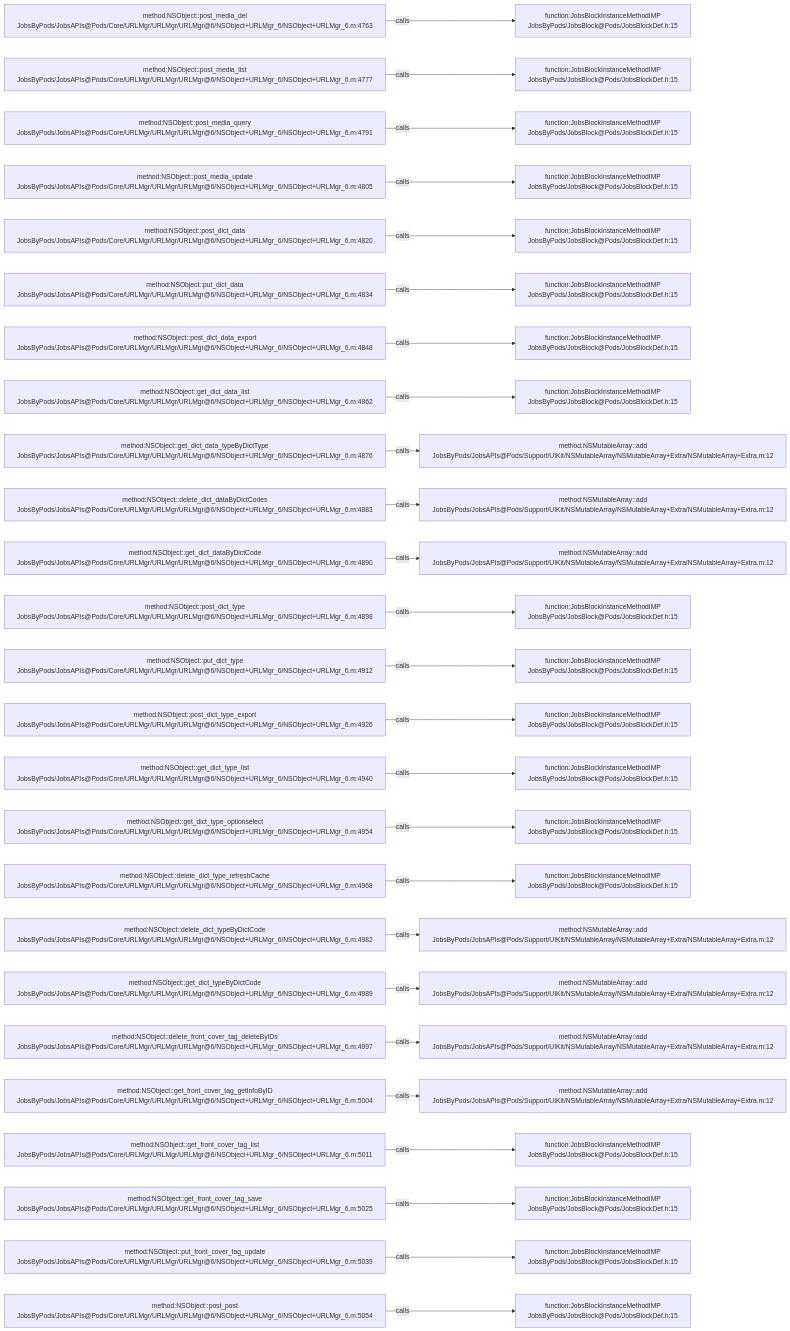
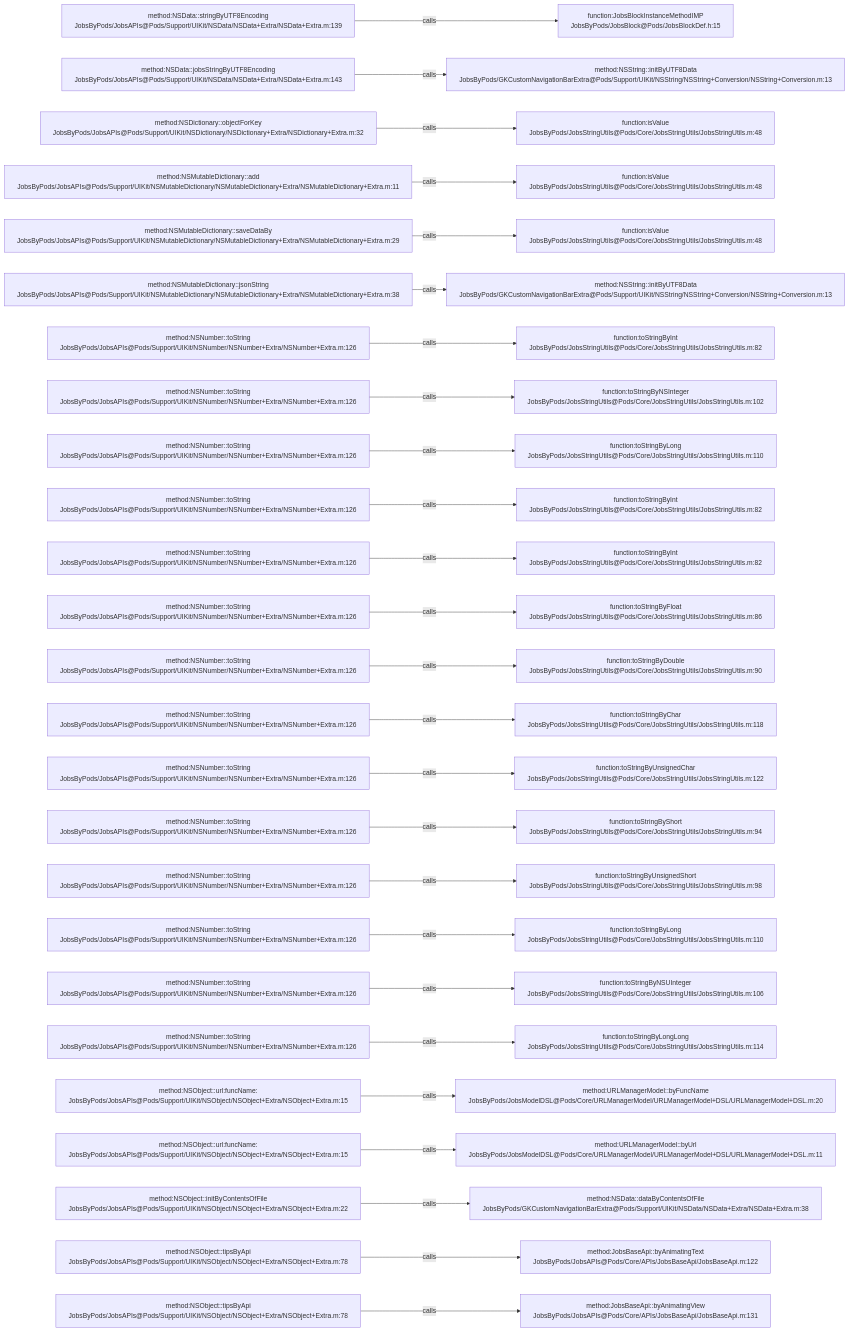
The diagram in .codegraph/codegraph.md/graphs/calls-081.md (JobsKits/JobsOCBaseConfigDemo), drawn with Mermaid before and after one commit. The commit also changed 223 other files, not shown here.

````diff
--- a/.codegraph/codegraph.md/graphs/calls-081.md
+++ b/.codegraph/codegraph.md/graphs/calls-081.md
@@ -13,78 +13,78 @@
 ```mermaid
 flowchart LR
-  S1["method:NSObject::post_media_del<br/>JobsByPods/JobsAPIs@Pods/Core/URLMgr/URLMgr/URLMgr@6/NSObject+URLMgr_6/NSObject+URLMgr_6.m:4763"]
+  S1["method:NSData::stringByUTF8Encoding<br/>JobsByPods/JobsAPIs@Pods/Support/UIKit/NSData/NSData+Extra/NSData+Extra.m:139"]
   T1["function:JobsBlockInstanceMethodIMP<br/>JobsByPods/JobsBlock@Pods/JobsBlockDef.h:15"]
   S1 -->|calls| T1
-  S2["method:NSObject::post_media_list<br/>JobsByPods/JobsAPIs@Pods/Core/URLMgr/URLMgr/URLMgr@6/NSObject+URLMgr_6/NSObject+URLMgr_6.m:4777"]
-  T2["function:JobsBlockInstanceMethodIMP<br/>JobsByPods/JobsBlock@Pods/JobsBlockDef.h:15"]
+  S2["method:NSData::jobsStringByUTF8Encoding<br/>JobsByPods/JobsAPIs@Pods/Support/UIKit/NSData/NSData+Extra/NSData+Extra.m:143"]
+  T2["method:NSString::initByUTF8Data<br/>JobsByPods/GKCustomNavigationBarExtra@Pods/Support/UIKit/NSString/NSString+Conversion/NSString+Conversion.m:13"]
   S2 -->|calls| T2
-  S3["method:NSObject::post_media_query<br/>JobsByPods/JobsAPIs@Pods/Core/URLMgr/URLMgr/URLMgr@6/NSObject+URLMgr_6/NSObject+URLMgr_6.m:4791"]
-  T3["function:JobsBlockInstanceMethodIMP<br/>JobsByPods/JobsBlock@Pods/JobsBlockDef.h:15"]
+  S3["method:NSDictionary::objectForKey<br/>JobsByPods/JobsAPIs@Pods/Support/UIKit/NSDictionary/NSDictionary+Extra/NSDictionary+Extra.m:32"]
+  T3["function:isValue<br/>JobsByPods/JobsStringUtils@Pods/Core/JobsStringUtils/JobsStringUtils.m:48"]
   S3 -->|calls| T3
-  S4["method:NSObject::post_media_update<br/>JobsByPods/JobsAPIs@Pods/Core/URLMgr/URLMgr/URLMgr@6/NSObject+URLMgr_6/NSObject+URLMgr_6.m:4805"]
-  T4["function:JobsBlockInstanceMethodIMP<br/>JobsByPods/JobsBlock@Pods/JobsBlockDef.h:15"]
+  S4["method:NSMutableDictionary::add<br/>JobsByPods/JobsAPIs@Pods/Support/UIKit/NSMutableDictionary/NSMutableDictionary+Extra/NSMutableDictionary+Extra.m:11"]
+  T4["function:isValue<br/>JobsByPods/JobsStringUtils@Pods/Core/JobsStringUtils/JobsStringUtils.m:48"]
   S4 -->|calls| T4
-  S5["method:NSObject::post_dict_data<br/>JobsByPods/JobsAPIs@Pods/Core/URLMgr/URLMgr/URLMgr@6/NSObject+URLMgr_6/NSObject+URLMgr_6.m:4820"]
-  T5["function:JobsBlockInstanceMethodIMP<br/>JobsByPods/JobsBlock@Pods/JobsBlockDef.h:15"]
+  S5["method:NSMutableDictionary::saveDataBy<br/>JobsByPods/JobsAPIs@Pods/Support/UIKit/NSMutableDictionary/NSMutableDictionary+Extra/NSMutableDictionary+Extra.m:29"]
+  T5["function:isValue<br/>JobsByPods/JobsStringUtils@Pods/Core/JobsStringUtils/JobsStringUtils.m:48"]
   S5 -->|calls| T5
-  S6["method:NSObject::put_dict_data<br/>JobsByPods/JobsAPIs@Pods/Core/URLMgr/URLMgr/URLMgr@6/NSObject+URLMgr_6/NSObject+URLMgr_6.m:4834"]
-  T6["function:JobsBlockInstanceMethodIMP<br/>JobsByPods/JobsBlock@Pods/JobsBlockDef.h:15"]
+  S6["method:NSMutableDictionary::jsonString<br/>JobsByPods/JobsAPIs@Pods/Support/UIKit/NSMutableDictionary/NSMutableDictionary+Extra/NSMutableDictionary+Extra.m:38"]
+  T6["method:NSString::initByUTF8Data<br/>JobsByPods/GKCustomNavigationBarExtra@Pods/Support/UIKit/NSString/NSString+Conversion/NSString+Conversion.m:13"]
   S6 -->|calls| T6
-  S7["method:NSObject::post_dict_data_export<br/>JobsByPods/JobsAPIs@Pods/Core/URLMgr/URLMgr/URLMgr@6/NSObject+URLMgr_6/NSObject+URLMgr_6.m:4848"]
-  T7["function:JobsBlockInstanceMethodIMP<br/>JobsByPods/JobsBlock@Pods/JobsBlockDef.h:15"]
+  S7["method:NSNumber::toString<br/>JobsByPods/JobsAPIs@Pods/Support/UIKit/NSNumber/NSNumber+Extra/NSNumber+Extra.m:126"]
+  T7["function:toStringByInt<br/>JobsByPods/JobsStringUtils@Pods/Core/JobsStringUtils/JobsStringUtils.m:82"]
   S7 -->|calls| T7
-  S8["method:NSObject::get_dict_data_list<br/>JobsByPods/JobsAPIs@Pods/Core/URLMgr/URLMgr/URLMgr@6/NSObject+URLMgr_6/NSObject+URLMgr_6.m:4862"]
-  T8["function:JobsBlockInstanceMethodIMP<br/>JobsByPods/JobsBlock@Pods/JobsBlockDef.h:15"]
+  S8["method:NSNumber::toString<br/>JobsByPods/JobsAPIs@Pods/Support/UIKit/NSNumber/NSNumber+Extra/NSNumber+Extra.m:126"]
+  T8["function:toStringByNSInteger<br/>JobsByPods/JobsStringUtils@Pods/Core/JobsStringUtils/JobsStringUtils.m:102"]
   S8 -->|calls| T8
-  S9["method:NSObject::get_dict_data_typeByDictType<br/>JobsByPods/JobsAPIs@Pods/Core/URLMgr/URLMgr/URLMgr@6/NSObject+URLMgr_6/NSObject+URLMgr_6.m:4876"]
-  T9["method:NSMutableArray::add<br/>JobsByPods/JobsAPIs@Pods/Support/UIKit/NSMutableArray/NSMutableArray+Extra/NSMutableArray+Extra.m:12"]
+  S9["method:NSNumber::toString<br/>JobsByPods/JobsAPIs@Pods/Support/UIKit/NSNumber/NSNumber+Extra/NSNumber+Extra.m:126"]
+  T9["function:toStringByLong<br/>JobsByPods/JobsStringUtils@Pods/Core/JobsStringUtils/JobsStringUtils.m:110"]
   S9 -->|calls| T9
-  S10["method:NSObject::delete_dict_dataByDictCodes<br/>JobsByPods/JobsAPIs@Pods/Core/URLMgr/URLMgr/URLMgr@6/NSObject+URLMgr_6/NSObject+URLMgr_6.m:4883"]
-  T10["method:NSMutableArray::add<br/>JobsByPods/JobsAPIs@Pods/Support/UIKit/NSMutableArray/NSMutableArray+Extra/NSMutableArray+Extra.m:12"]
+  S10["method:NSNumber::toString<br/>JobsByPods/JobsAPIs@Pods/Support/UIKit/NSNumber/NSNumber+Extra/NSNumber+Extra.m:126"]
+  T10["function:toStringByInt<br/>JobsByPods/JobsStringUtils@Pods/Core/JobsStringUtils/JobsStringUtils.m:82"]
   S10 -->|calls| T10
-  S11["method:NSObject::get_dict_dataByDictCode<br/>JobsByPods/JobsAPIs@Pods/Core/URLMgr/URLMgr/URLMgr@6/NSObject+URLMgr_6/NSObject+URLMgr_6.m:4890"]
-  T11["method:NSMutableArray::add<br/>JobsByPods/JobsAPIs@Pods/Support/UIKit/NSMutableArray/NSMutableArray+Extra/NSMutableArray+Extra.m:12"]
+  S11["method:NSNumber::toString<br/>JobsByPods/JobsAPIs@Pods/Support/UIKit/NSNumber/NSNumber+Extra/NSNumber+Extra.m:126"]
+  T11["function:toStringByInt<br/>JobsByPods/JobsStringUtils@Pods/Core/JobsStringUtils/JobsStringUtils.m:82"]
   S11 -->|calls| T11
-  S12["method:NSObject::post_dict_type<br/>JobsByPods/JobsAPIs@Pods/Core/URLMgr/URLMgr/URLMgr@6/NSObject+URLMgr_6/NSObject+URLMgr_6.m:4898"]
-  T12["function:JobsBlockInstanceMethodIMP<br/>JobsByPods/JobsBlock@Pods/JobsBlockDef.h:15"]
+  S12["method:NSNumber::toString<br/>JobsByPods/JobsAPIs@Pods/Support/UIKit/NSNumber/NSNumber+Extra/NSNumber+Extra.m:126"]
+  T12["function:toStringByFloat<br/>JobsByPods/JobsStringUtils@Pods/Core/JobsStringUtils/JobsStringUtils.m:86"]
   S12 -->|calls| T12
-  S13["method:NSObject::put_dict_type<br/>JobsByPods/JobsAPIs@Pods/Core/URLMgr/URLMgr/URLMgr@6/NSObject+URLMgr_6/NSObject+URLMgr_6.m:4912"]
-  T13["function:JobsBlockInstanceMethodIMP<br/>JobsByPods/JobsBlock@Pods/JobsBlockDef.h:15"]
+  S13["method:NSNumber::toString<br/>JobsByPods/JobsAPIs@Pods/Support/UIKit/NSNumber/NSNumber+Extra/NSNumber+Extra.m:126"]
+  T13["function:toStringByDouble<br/>JobsByPods/JobsStringUtils@Pods/Core/JobsStringUtils/JobsStringUtils.m:90"]
   S13 -->|calls| T13
-  S14["method:NSObject::post_dict_type_export<br/>JobsByPods/JobsAPIs@Pods/Core/URLMgr/URLMgr/URLMgr@6/NSObject+URLMgr_6/NSObject+URLMgr_6.m:4926"]
-  T14["function:JobsBlockInstanceMethodIMP<br/>JobsByPods/JobsBlock@Pods/JobsBlockDef.h:15"]
+  S14["method:NSNumber::toString<br/>JobsByPods/JobsAPIs@Pods/Support/UIKit/NSNumber/NSNumber+Extra/NSNumber+Extra.m:126"]
+  T14["function:toStringByChar<br/>JobsByPods/JobsStringUtils@Pods/Core/JobsStringUtils/JobsStringUtils.m:118"]
   S14 -->|calls| T14
-  S15["method:NSObject::get_dict_type_list<br/>JobsByPods/JobsAPIs@Pods/Core/URLMgr/URLMgr/URLMgr@6/NSObject+URLMgr_6/NSObject+URLMgr_6.m:4940"]
-  T15["function:JobsBlockInstanceMethodIMP<br/>JobsByPods/JobsBlock@Pods/JobsBlockDef.h:15"]
+  S15["method:NSNumber::toString<br/>JobsByPods/JobsAPIs@Pods/Support/UIKit/NSNumber/NSNumber+Extra/NSNumber+Extra.m:126"]
+  T15["function:toStringByUnsignedChar<br/>JobsByPods/JobsStringUtils@Pods/Core/JobsStringUtils/JobsStringUtils.m:122"]
   S15 -->|calls| T15
-  S16["method:NSObject::get_dict_type_optionselect<br/>JobsByPods/JobsAPIs@Pods/Core/URLMgr/URLMgr/URLMgr@6/NSObject+URLMgr_6/NSObject+URLMgr_6.m:4954"]
-  T16["function:JobsBlockInstanceMethodIMP<br/>JobsByPods/JobsBlock@Pods/JobsBlockDef.h:15"]
+  S16["method:NSNumber::toString<br/>JobsByPods/JobsAPIs@Pods/Support/UIKit/NSNumber/NSNumber+Extra/NSNumber+Extra.m:126"]
+  T16["function:toStringByShort<br/>JobsByPods/JobsStringUtils@Pods/Core/JobsStringUtils/JobsStringUtils.m:94"]
   S16 -->|calls| T16
-  S17["method:NSObject::delete_dict_type_refreshCache<br/>JobsByPods/JobsAPIs@Pods/Core/URLMgr/URLMgr/URLMgr@6/NSObject+URLMgr_6/NSObject+URLMgr_6.m:4968"]
-  T17["function:JobsBlockInstanceMethodIMP<br/>JobsByPods/JobsBlock@Pods/JobsBlockDef.h:15"]
+  S17["method:NSNumber::toString<br/>JobsByPods/JobsAPIs@Pods/Support/UIKit/NSNumber/NSNumber+Extra/NSNumber+Extra.m:126"]
+  T17["function:toStringByUnsignedShort<br/>JobsByPods/JobsStringUtils@Pods/Core/JobsStringUtils/JobsStringUtils.m:98"]
   S17 -->|calls| T17
-  S18["method:NSObject::delete_dict_typeByDictCode<br/>JobsByPods/JobsAPIs@Pods/Core/URLMgr/URLMgr/URLMgr@6/NSObject+URLMgr_6/NSObject+URLMgr_6.m:4982"]
-  T18["method:NSMutableArray::add<br/>JobsByPods/JobsAPIs@Pods/Support/UIKit/NSMutableArray/NSMutableArray+Extra/NSMutableArray+Extra.m:12"]
+  S18["method:NSNumber::toString<br/>JobsByPods/JobsAPIs@Pods/Support/UIKit/NSNumber/NSNumber+Extra/NSNumber+Extra.m:126"]
+  T18["function:toStringByLong<br/>JobsByPods/JobsStringUtils@Pods/Core/JobsStringUtils/JobsStringUtils.m:110"]
   S18 -->|calls| T18
-  S19["method:NSObject::get_dict_typeByDictCode<br/>JobsByPods/JobsAPIs@Pods/Core/URLMgr/URLMgr/URLMgr@6/NSObject+URLMgr_6/NSObject+URLMgr_6.m:4989"]
-  T19["method:NSMutableArray::add<br/>JobsByPods/JobsAPIs@Pods/Support/UIKit/NSMutableArray/NSMutableArray+Extra/NSMutableArray+Extra.m:12"]
+  S19["method:NSNumber::toString<br/>JobsByPods/JobsAPIs@Pods/Support/UIKit/NSNumber/NSNumber+Extra/NSNumber+Extra.m:126"]
+  T19["function:toStringByNSUInteger<br/>JobsByPods/JobsStringUtils@Pods/Core/JobsStringUtils/JobsStringUtils.m:106"]
   S19 -->|calls| T19
-  S20["method:NSObject::delete_front_cover_tag_deleteByIDs<br/>JobsByPods/JobsAPIs@Pods/Core/URLMgr/URLMgr/URLMgr@6/NSObject+URLMgr_6/NSObject+URLMgr_6.m:4997"]
-  T20["method:NSMutableArray::add<br/>JobsByPods/JobsAPIs@Pods/Support/UIKit/NSMutableArray/NSMutableArray+Extra/NSMutableArray+Extra.m:12"]
+  S20["method:NSNumber::toString<br/>JobsByPods/JobsAPIs@Pods/Support/UIKit/NSNumber/NSNumber+Extra/NSNumber+Extra.m:126"]
+  T20["function:toStringByLongLong<br/>JobsByPods/JobsStringUtils@Pods/Core/JobsStringUtils/JobsStringUtils.m:114"]
   S20 -->|calls| T20
-  S21["method:NSObject::get_front_cover_tag_getInfoByID<br/>JobsByPods/JobsAPIs@Pods/Core/URLMgr/URLMgr/URLMgr@6/NSObject+URLMgr_6/NSObject+URLMgr_6.m:5004"]
-  T21["method:NSMutableArray::add<br/>JobsByPods/JobsAPIs@Pods/Support/UIKit/NSMutableArray/NSMutableArray+Extra/NSMutableArray+Extra.m:12"]
+  S21["method:NSObject::url:funcName:<br/>JobsByPods/JobsAPIs@Pods/Support/UIKit/NSObject/NSObject+Extra/NSObject+Extra.m:15"]
+  T21["method:URLManagerModel::byFuncName<br/>JobsByPods/JobsModelDSL@Pods/Core/URLManagerModel/URLManagerModel+DSL/URLManagerModel+DSL.m:20"]
   S21 -->|calls| T21
-  S22["method:NSObject::get_front_cover_tag_list<br/>JobsByPods/JobsAPIs@Pods/Core/URLMgr/URLMgr/URLMgr@6/NSObject+URLMgr_6/NSObject+URLMgr_6.m:5011"]
-  T22["function:JobsBlockInstanceMethodIMP<br/>JobsByPods/JobsBlock@Pods/JobsBlockDef.h:15"]
+  S22["method:NSObject::url:funcName:<br/>JobsByPods/JobsAPIs@Pods/Support/UIKit/NSObject/NSObject+Extra/NSObject+Extra.m:15"]
+  T22["method:URLManagerModel::byUrl<br/>JobsByPods/JobsModelDSL@Pods/Core/URLManagerModel/URLManagerModel+DSL/URLManagerModel+DSL.m:11"]
   S22 -->|calls| T22
-  S23["method:NSObject::get_front_cover_tag_save<br/>JobsByPods/JobsAPIs@Pods/Core/URLMgr/URLMgr/URLMgr@6/NSObject+URLMgr_6/NSObject+URLMgr_6.m:5025"]
-  T23["function:JobsBlockInstanceMethodIMP<br/>JobsByPods/JobsBlock@Pods/JobsBlockDef.h:15"]
+  S23["method:NSObject::initByContentsOfFile<br/>JobsByPods/JobsAPIs@Pods/Support/UIKit/NSObject/NSObject+Extra/NSObject+Extra.m:22"]
+  T23["method:NSData::dataByContentsOfFile<br/>JobsByPods/GKCustomNavigationBarExtra@Pods/Support/UIKit/NSData/NSData+Extra/NSData+Extra.m:38"]
   S23 -->|calls| T23
-  S24["method:NSObject::put_front_cover_tag_update<br/>JobsByPods/JobsAPIs@Pods/Core/URLMgr/URLMgr/URLMgr@6/NSObject+URLMgr_6/NSObject+URLMgr_6.m:5039"]
-  T24["function:JobsBlockInstanceMethodIMP<br/>JobsByPods/JobsBlock@Pods/JobsBlockDef.h:15"]
+  S24["method:NSObject::tipsByApi<br/>JobsByPods/JobsAPIs@Pods/Support/UIKit/NSObject/NSObject+Extra/NSObject+Extra.m:78"]
+  T24["method:JobsBaseApi::byAnimatingText<br/>JobsByPods/JobsAPIs@Pods/Core/APIs/JobsBaseApi/JobsBaseApi.m:122"]
   S24 -->|calls| T24
-  S25["method:NSObject::post_post<br/>JobsByPods/JobsAPIs@Pods/Core/URLMgr/URLMgr/URLMgr@6/NSObject+URLMgr_6/NSObject+URLMgr_6.m:5054"]
-  T25["function:JobsBlockInstanceMethodIMP<br/>JobsByPods/JobsBlock@Pods/JobsBlockDef.h:15"]
+  S25["method:NSObject::tipsByApi<br/>JobsByPods/JobsAPIs@Pods/Support/UIKit/NSObject/NSObject+Extra/NSObject+Extra.m:78"]
+  T25["method:JobsBaseApi::byAnimatingView<br/>JobsByPods/JobsAPIs@Pods/Core/APIs/JobsBaseApi/JobsBaseApi.m:131"]
   S25 -->|calls| T25
 ```
````
